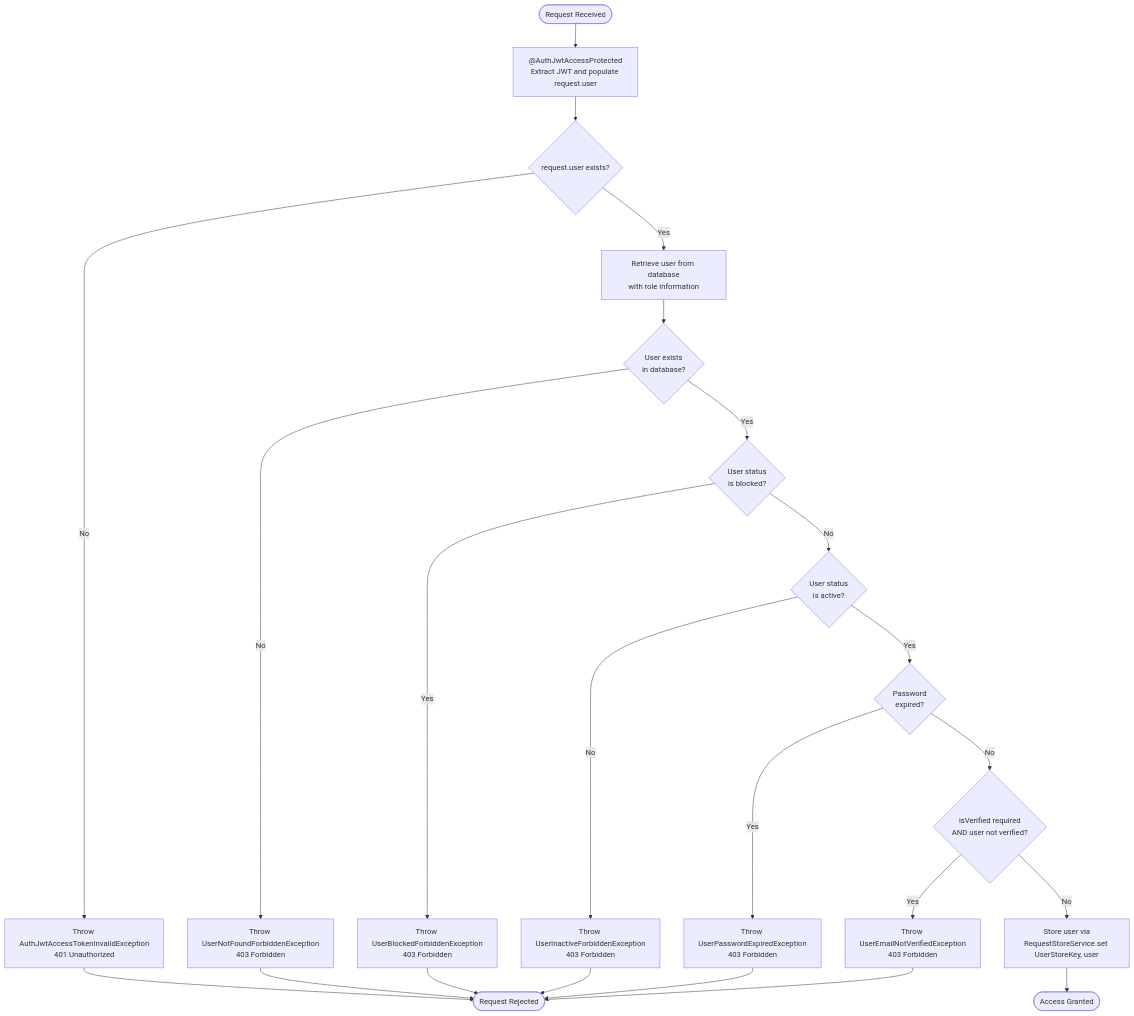
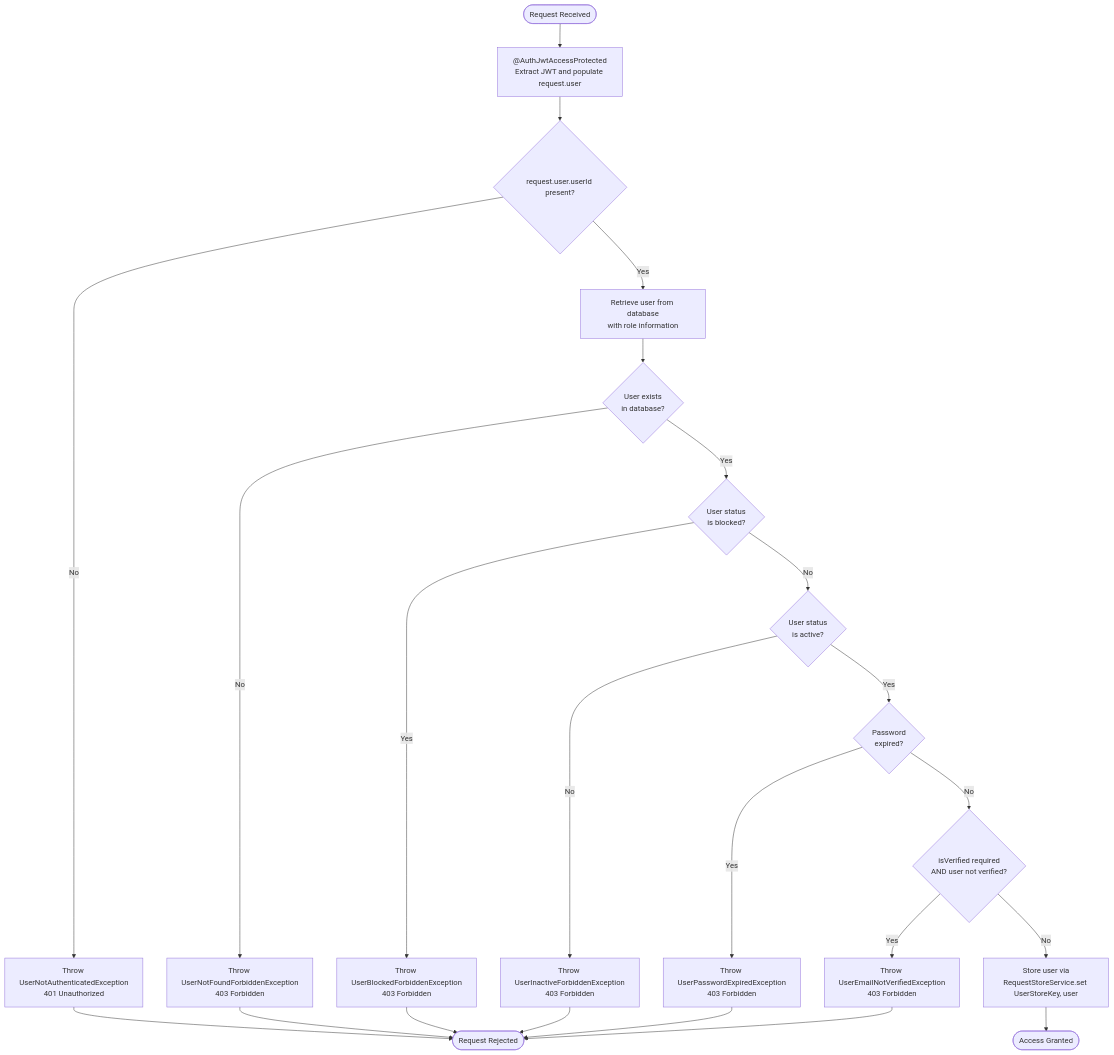
One commit to andrechristikan/ack-nestjs-boilerplate changed the first of 5 diagrams in docs/authorization.md. Above: the diagram before and after it, drawn with Mermaid. The commit also changed other lines of this file and 24 other files, not shown here.

````diff
--- a/docs/authorization.md
+++ b/docs/authorization.md
@@ -170,32 +171,32 @@
 ```mermaid
 flowchart TD
     Start([Request Received]) --> JwtGuard[ @AuthJwtAccessProtected<br/>Extract JWT and populate request.user]
-    JwtGuard --> CheckAuth{request.user exists?}
-    CheckAuth -->|No| ErrorAuth[Throw AuthJwtAccessTokenInvalidException<br/>401 Unauthorized]
+    JwtGuard --> CheckAuth{request.user.userId present?}
+    CheckAuth -->|No| ErrorAuth[Throw UserNotAuthenticatedException<br/>401 Unauthorized]
     CheckAuth -->|Yes| LookupUser[Retrieve user from database<br/>with role information]
     
     LookupUser --> UserExists{User exists<br/>in database?}
     UserExists -->|No| ErrorNotFound[Throw UserNotFoundForbiddenException<br/>403 Forbidden]
     UserExists -->|Yes| CheckBlocked{User status<br/>is blocked?}
     
     CheckBlocked -->|Yes| ErrorBlocked[Throw UserBlockedForbiddenException<br/>403 Forbidden]
     CheckBlocked -->|No| CheckStatus{User status<br/>is active?}
     
     CheckStatus -->|No| ErrorInactive[Throw UserInactiveForbiddenException<br/>403 Forbidden]
     CheckStatus -->|Yes| CheckPassword{Password<br/>expired?}
     
     CheckPassword -->|Yes| ErrorPassword[Throw UserPasswordExpiredException<br/>403 Forbidden]
     CheckPassword -->|No| CheckVerified{isVerified required<br/>AND user not verified?}
     
     CheckVerified -->|Yes| ErrorVerified[Throw UserEmailNotVerifiedException<br/>403 Forbidden]
     CheckVerified -->|No| SetUser[Store user via<br/>RequestStoreService.set UserStoreKey, user]
     
     SetUser --> Success([Access Granted])
     
     ErrorAuth --> End([Request Rejected])
     ErrorNotFound --> End
     ErrorBlocked --> End
     ErrorInactive --> End
     ErrorPassword --> End
     ErrorVerified --> End
 ```
````
